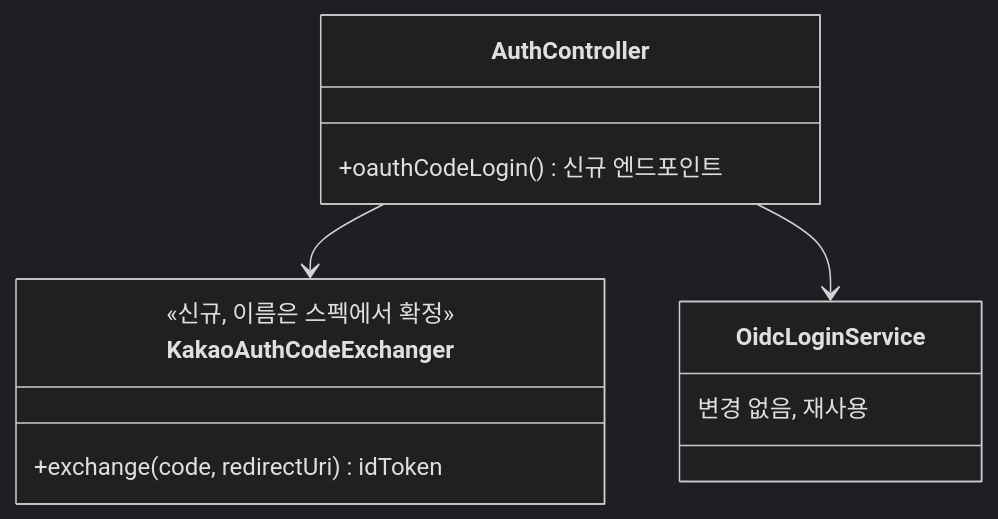
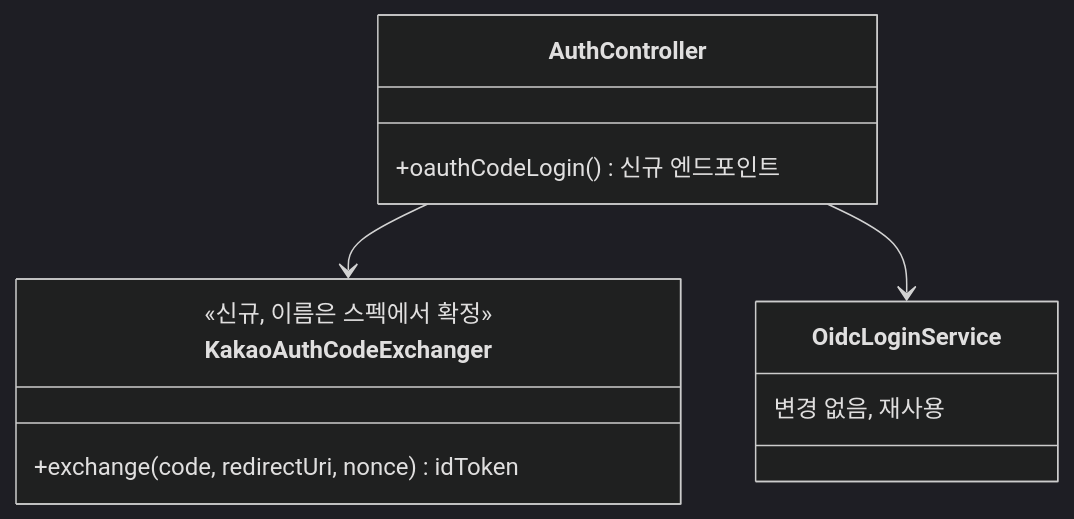
The second of 2 diagrams in docs/prd/MSG-345-prd.md (ASM-MSG/BE), drawn with Mermaid (dark theme) before and after one commit. The commit also changed other lines of this file and 1 other file, not shown here.

Commit message:
MSG-345 docs: 재생 공격 방지 nonce 대조를 서버 계약에 추가

````diff
--- a/docs/prd/MSG-345-prd.md
+++ b/docs/prd/MSG-345-prd.md
@@ -71,15 +72,15 @@
 ```mermaid
 classDiagram
     class AuthController {
         +oauthCodeLogin() 신규 엔드포인트
     }
     class KakaoAuthCodeExchanger {
         <<신규, 이름은 스펙에서 확정>>
-        +exchange(code, redirectUri) idToken
+        +exchange(code, redirectUri, nonce) idToken
     }
     class OidcLoginService {
         변경 없음, 재사용
     }
     AuthController --> KakaoAuthCodeExchanger
     AuthController --> OidcLoginService
 ```
````
